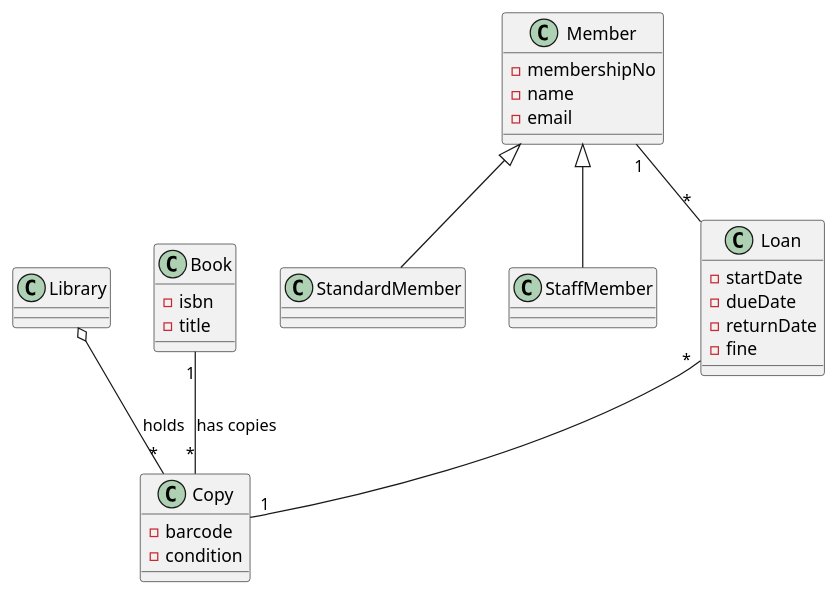
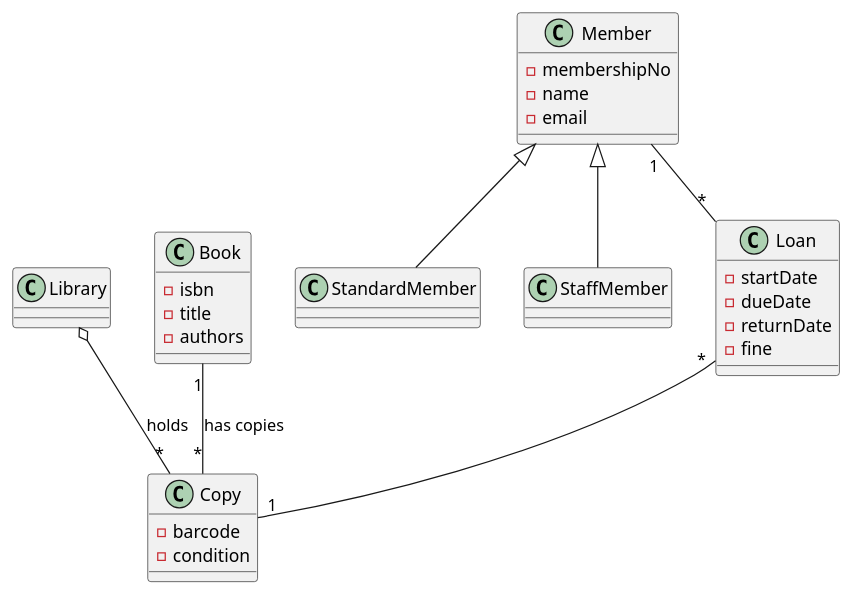
One commit to traiansf/traiansf.github.io changed the diagram in class/amss-2026/lab/Lab02-instructor.md. Above: the diagram before and after it, drawn with PlantUML. The commit also changed other lines of this file and 3 other files, not shown here.

````diff
--- a/class/amss-2026/lab/Lab02-instructor.md
+++ b/class/amss-2026/lab/Lab02-instructor.md
@@ -30,32 +30,33 @@
 ```plantuml
 @startuml
 class Library
 class Book {
   - isbn
   - title
+  - authors
 }
 class Copy {
   - barcode
   - condition
 }
 class Member {
   - membershipNo
   - name
   - email
 }
 class StandardMember
 class StaffMember
 class Loan {
   - startDate
   - dueDate
   - returnDate
   - fine
 }
 Member <|-- StandardMember
 Member <|-- StaffMember
 Library o-- "*" Copy : holds
 Book "1" -- "*" Copy : has copies
 Member "1" -- "*" Loan
 Loan "*" -- "1" Copy
 @enduml
 ```
````
